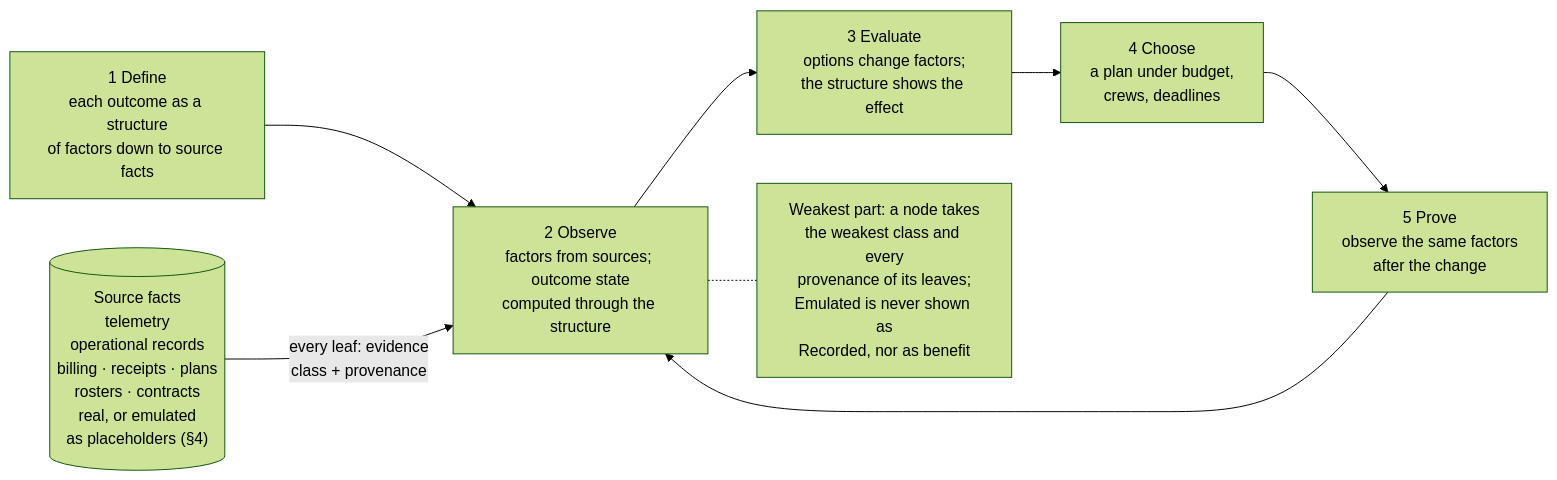
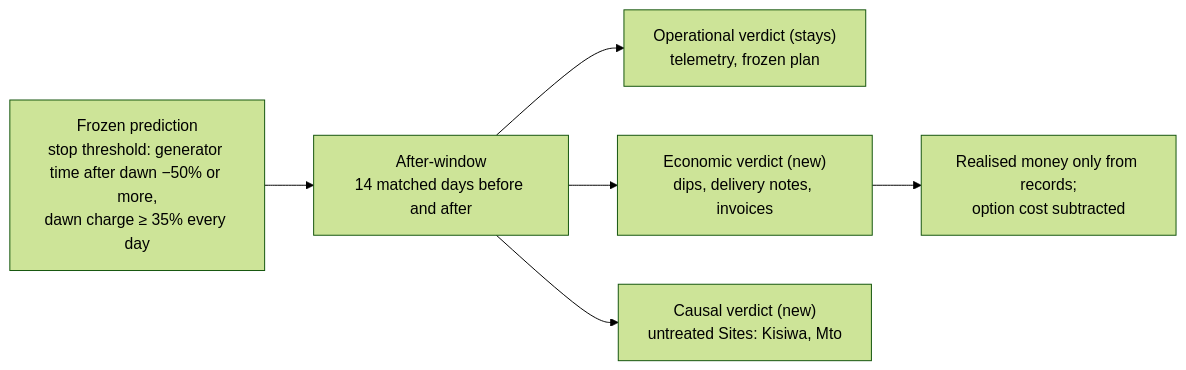
Before and after one commit to bineyame/AssetOpsV1: the ninth of 10 diagrams in Docs/demo-sprint/product-direction-layer4/layer4-transformation-design.md, drawn with Mermaid (forest theme). The commit also changed other lines of this file and 5 other files, not shown here.

````diff
--- a/Docs/demo-sprint/product-direction-layer4/layer4-transformation-design.md
+++ b/Docs/demo-sprint/product-direction-layer4/layer4-transformation-design.md
@@ -359,10 +545,8 @@
 ```mermaid
 flowchart LR
-  D["1 Define<br/>each outcome as a structure<br/>of factors down to source facts"] --> O["2 Observe<br/>factors from sources; outcome state<br/>computed through the structure"]
-  O --> V["3 Evaluate<br/>options change factors;<br/>the structure shows the effect"]
-  V --> C["4 Choose<br/>a plan under budget,<br/>crews, deadlines"]
-  C --> P["5 Prove<br/>observe the same factors<br/>after the change"]
-  P --> O
-  S[("Source facts<br/>telemetry<br/>operational records<br/>billing · receipts · plans<br/>rosters · contracts<br/>real, or emulated<br/>as placeholders (§4)")] -- "every leaf: evidence<br/>class + provenance" --> O
-  O -.- W["Weakest part: a node takes<br/>the weakest class and every<br/>provenance of its leaves;<br/>Emulated is never shown as<br/>Recorded, nor as benefit"]
+  FP["Frozen prediction<br/>stop threshold: generator time after dawn −50% or more,<br/>dawn charge ≥ 35% every day"] --> W["After-window<br/>14 matched days before and after"]
+  W --> OPV["Operational verdict (stays)<br/>telemetry, frozen plan"]
+  W --> ECV["Economic verdict (new)<br/>dips, delivery notes, invoices"]
+  W --> CAV["Causal verdict (new)<br/>untreated Sites: Kisiwa, Mto"]
+  ECV --> RM["Realised money only from records;<br/>option cost subtracted"]
 ```
````
